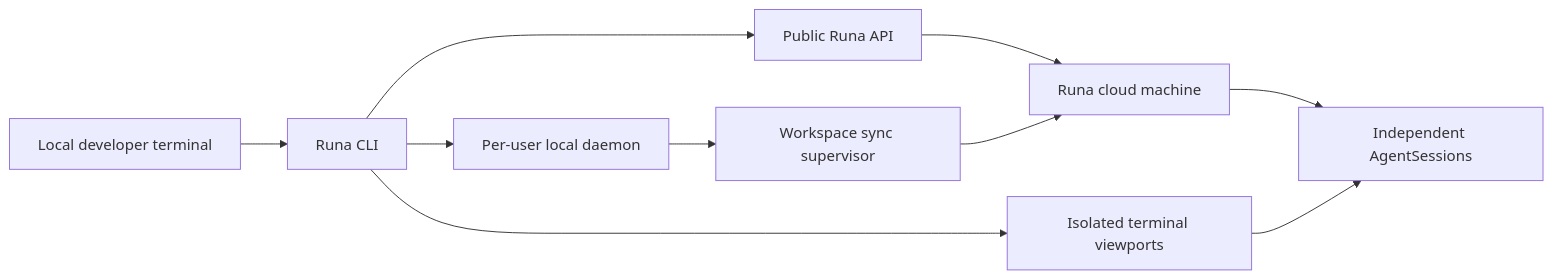
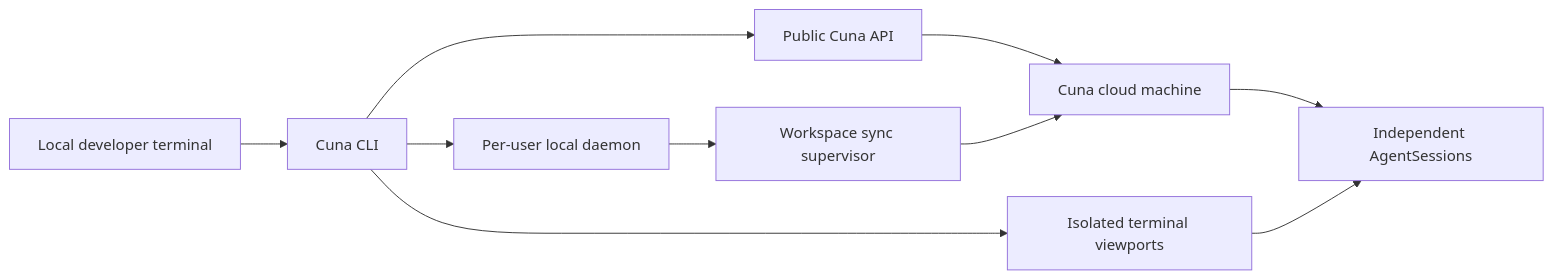
The diagram in README.md (Cuna-Labs/cuna-cli), drawn with Mermaid before and after one commit. The commit also changed other lines of this file and 231 other files, not shown here.

Commit message:
feat(cli): promote verified Cuna browser onboarding (#26)

````diff
--- a/README.md
+++ b/README.md
@@ -110,12 +213,12 @@
 ```mermaid
 flowchart LR
-  User["Local developer terminal"] --> CLI["Runa CLI"]
+  User["Local developer terminal"] --> CLI["Cuna CLI"]
   CLI --> Daemon["Per-user local daemon"]
-  CLI --> API["Public Runa API"]
+  CLI --> API["Public Cuna API"]
   Daemon --> Sync["Workspace sync supervisor"]
-  API --> Machine["Runa cloud machine"]
+  API --> Machine["Cuna cloud machine"]
   Machine --> Sessions["Independent AgentSessions"]
   CLI --> Viewports["Isolated terminal viewports"]
   Viewports --> Sessions
   Sync --> Machine
 ```
````
